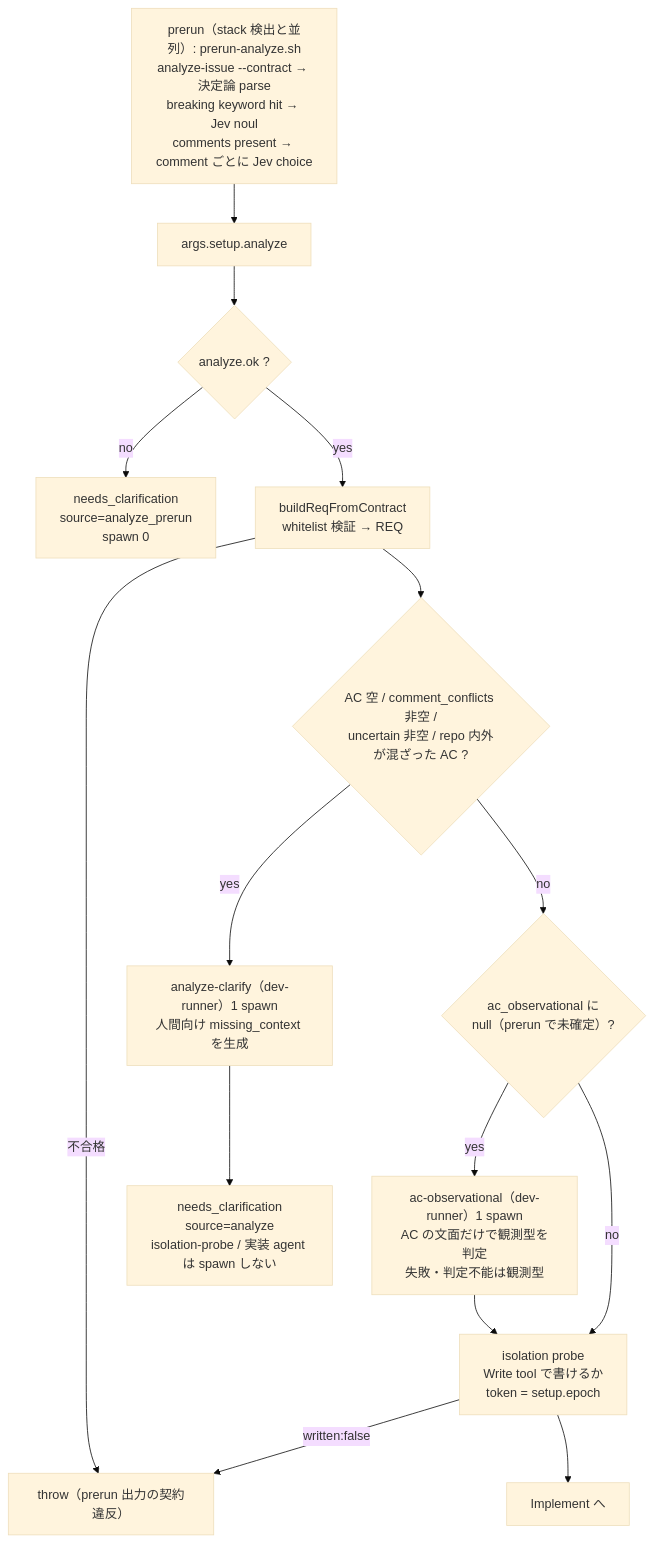
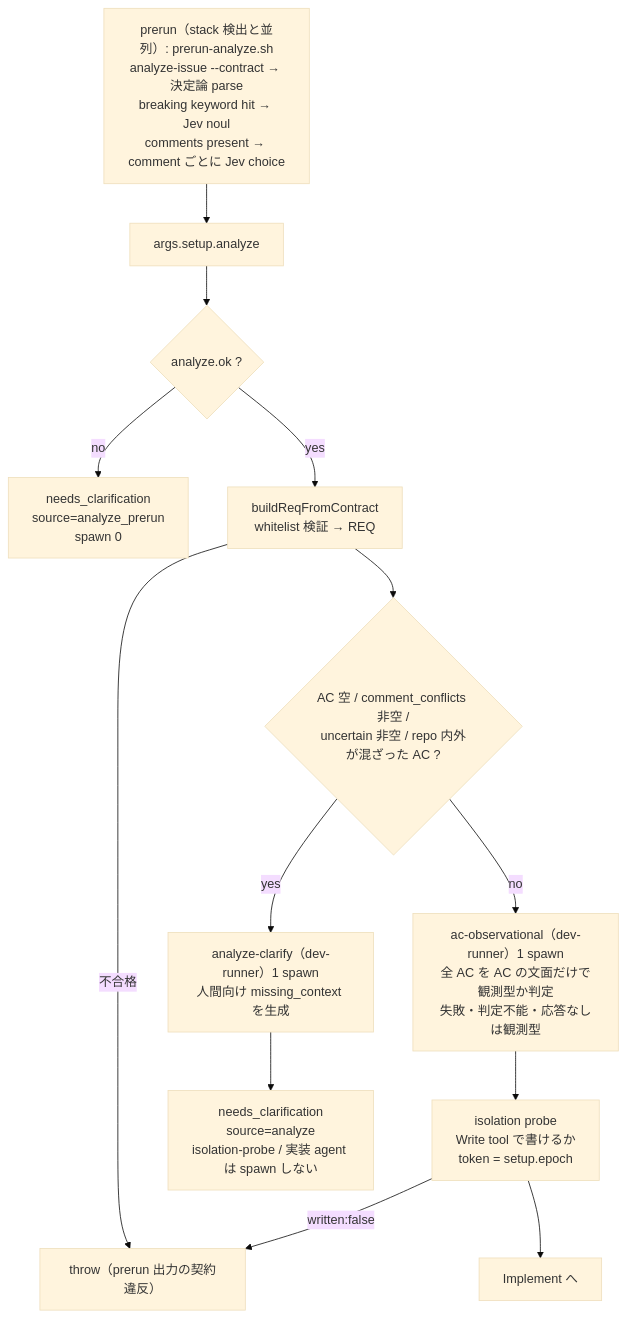
Before and after one commit to it-all-playpark/claude-plugins: the third of 13 diagrams in docs/dev-flow-atlas.md, drawn with Mermaid (base theme). The commit also changed other lines of this file and 27 other files, not shown here.

First line of the commit message:
fix(dev-flow): 観測型 AC の判定を正規表現の絞り込みと Jev から analyze ゲートの分類 agent に一本化し、取りこぼした観測型 AC がコード読みで達成扱いになる経路を無くす (#1259)

````diff
--- a/docs/dev-flow-atlas.md
+++ b/docs/dev-flow-atlas.md
@@ -94,17 +94,15 @@
 ```mermaid
 flowchart TD
     PA["prerun（stack 検出と並列）: prerun-analyze.sh<br/>analyze-issue --contract → 決定論 parse<br/>breaking keyword hit → Jev noul<br/>comments present → comment ごとに Jev choice"] --> IN["args.setup.analyze"]
     IN --> A0{"analyze.ok ?"}
     A0 -->|no| NC["needs_clarification<br/>source=analyze_prerun<br/>spawn 0"]
     A0 -->|yes| A1["buildReqFromContract<br/>whitelist 検証 → REQ"]
     A1 -->|"不合格"| AB["throw（prerun 出力の契約違反）"]
     A1 --> A2{"AC 空 / comment_conflicts 非空 /<br/>uncertain 非空 / repo 内外が混ざった AC ?"}
     A2 -->|yes| A3["analyze-clarify（dev-runner）1 spawn<br/>人間向け missing_context を生成"]
     A3 --> NC2["needs_clarification<br/>source=analyze<br/>isolation-probe / 実装 agent は spawn しない"]
-    A2 -->|no| AO{"ac_observational に<br/>null（prerun で未確定）?"}
-    AO -->|yes| AOA["ac-observational（dev-runner）1 spawn<br/>AC の文面だけで観測型を判定<br/>失敗・判定不能は観測型"]
-    AOA --> A4
-    AO -->|no| A4["isolation probe<br/>Write tool で書けるか<br/>token = setup.epoch"]
+    A2 -->|no| AOA["ac-observational（dev-runner）1 spawn<br/>全 AC を AC の文面だけで観測型か判定<br/>失敗・判定不能・応答なしは観測型"]
+    AOA --> A4["isolation probe<br/>Write tool で書けるか<br/>token = setup.epoch"]
     A4 -->|"written:false"| AB
     A4 --> OUT["Implement へ"]
 ```
````
